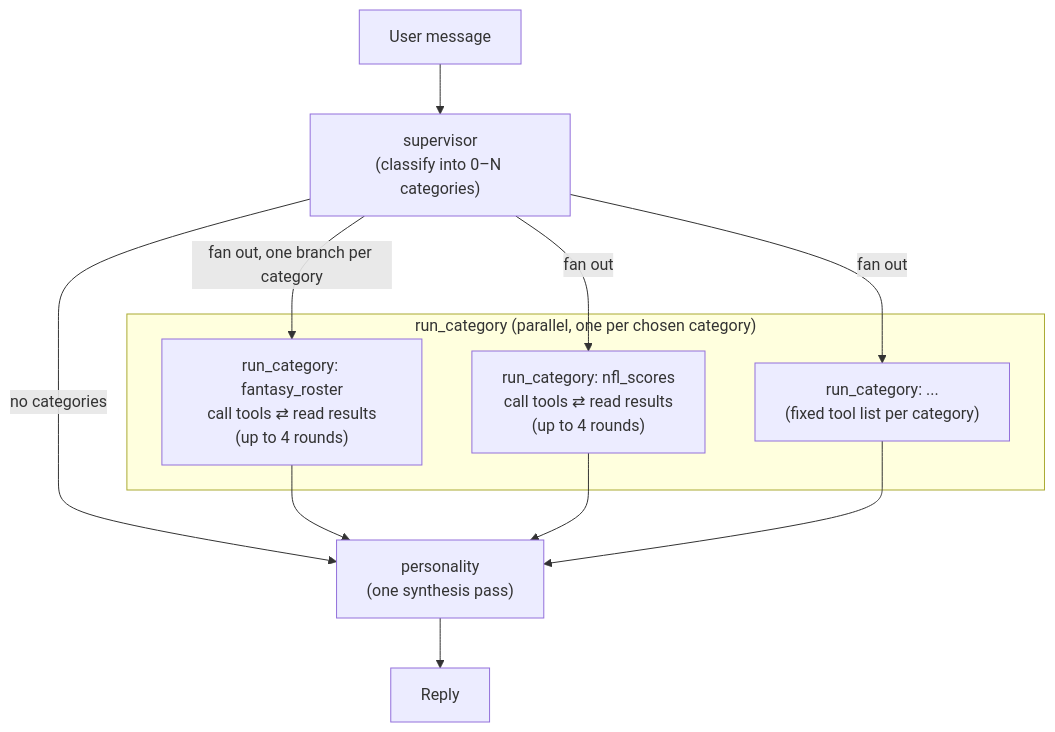
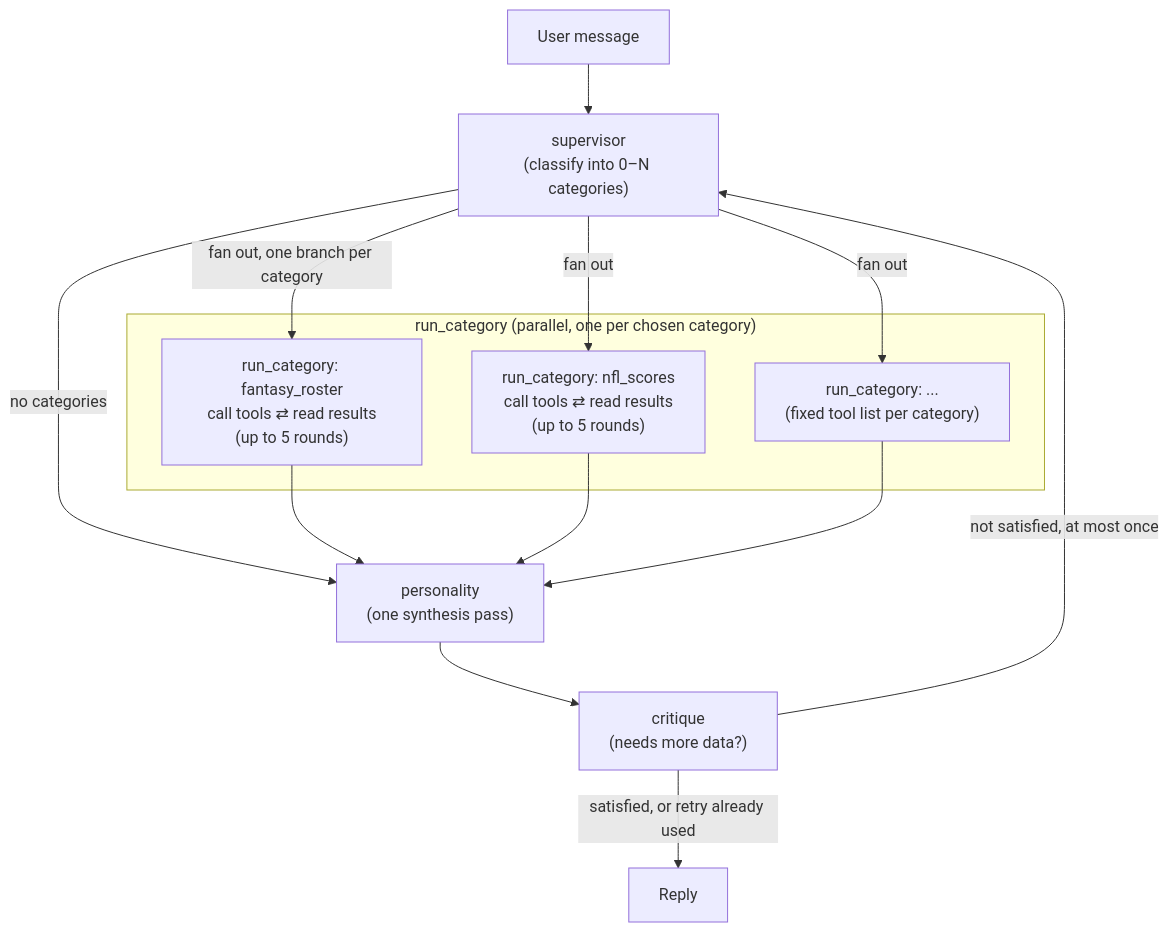
Before and after one commit to Dylanrock333/fantasy-bot: the diagram in docs/LANGGRAPH_WORKFLOW.md, drawn with Mermaid. The commit also changed other lines of this file and 2 other files, not shown here.

Commit message:
updated read me and docs

````diff
--- a/docs/LANGGRAPH_WORKFLOW.md
+++ b/docs/LANGGRAPH_WORKFLOW.md
@@ -13,19 +12,21 @@
 ```mermaid
 flowchart TD
     U[User message] --> S["supervisor\n(classify into 0–N categories)"]
     S -->|no categories| P
     S -->|fan out, one branch per category| RC1
     S -->|fan out| RC2
     S -->|fan out| RCn
 
     subgraph "run_category (parallel, one per chosen category)"
-        RC1["run_category: fantasy_roster\ncall tools ⇄ read results\n(up to 4 rounds)"]
-        RC2["run_category: nfl_scores\ncall tools ⇄ read results\n(up to 4 rounds)"]
+        RC1["run_category: fantasy_roster\ncall tools ⇄ read results\n(up to 5 rounds)"]
+        RC2["run_category: nfl_scores\ncall tools ⇄ read results\n(up to 5 rounds)"]
         RCn["run_category: ...\n(fixed tool list per category)"]
     end
 
     RC1 --> P
     RC2 --> P
     RCn --> P
-    P["personality\n(one synthesis pass)"] --> R[Reply]
+    P["personality\n(one synthesis pass)"] --> C["critique\n(needs more data?)"]
+    C -->|satisfied, or retry already used| R[Reply]
+    C -->|not satisfied, at most once| S
 ```
````
